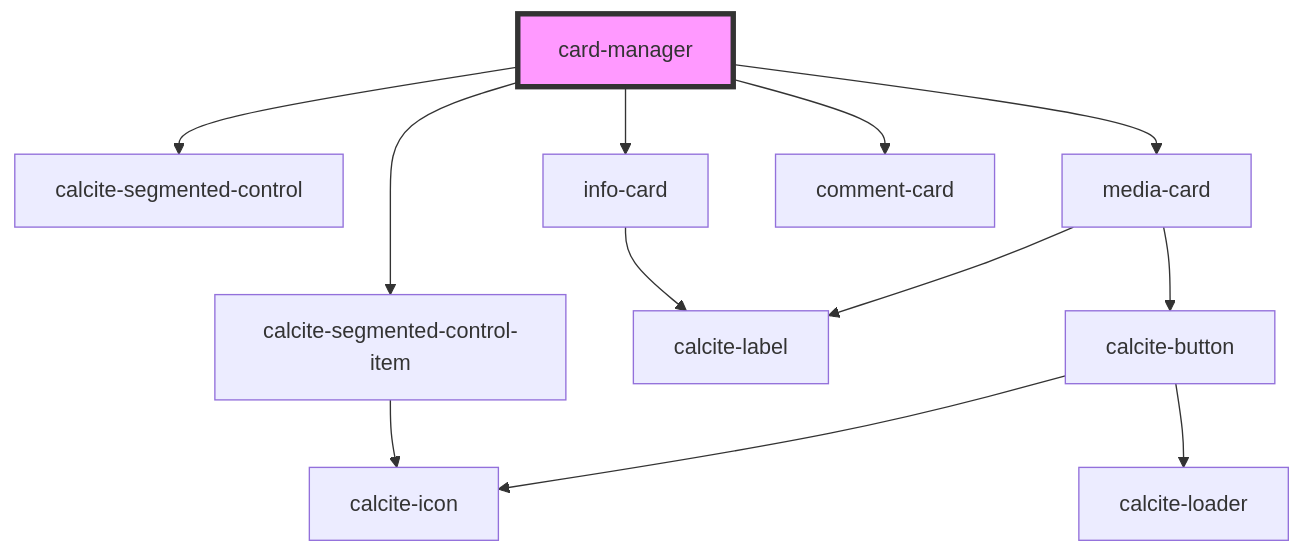
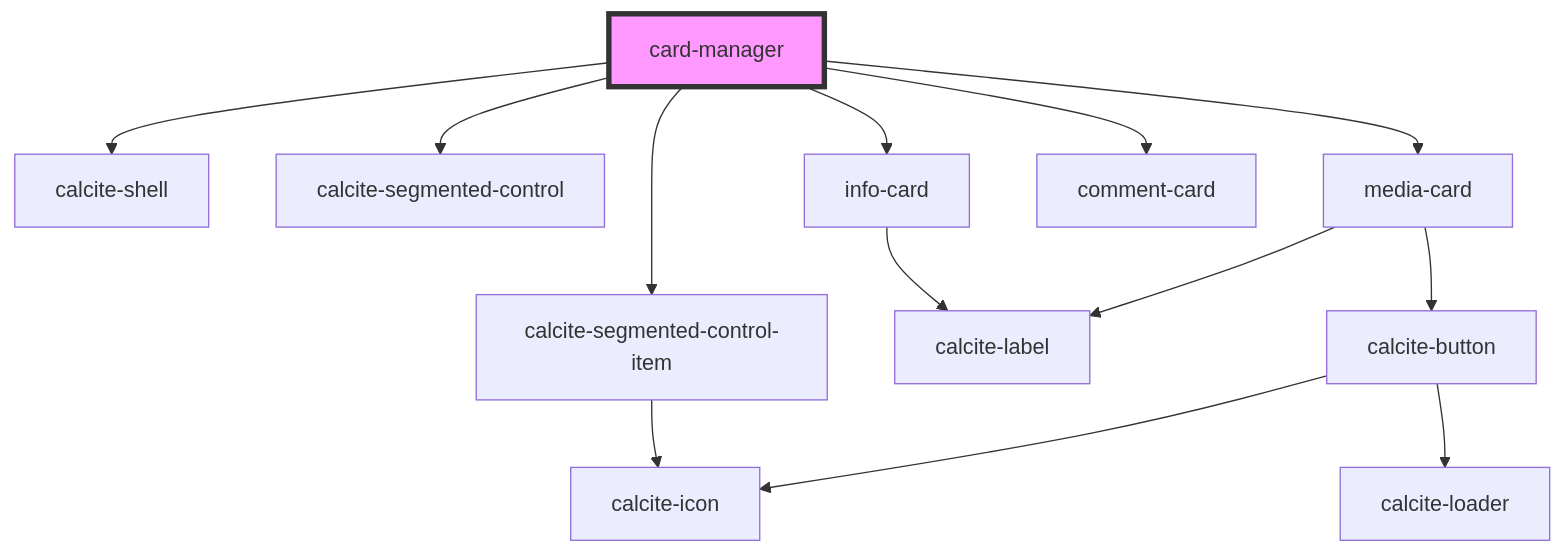
Before and after one commit to Esri/solutions-components: the diagram in src/components/card-manager/readme.md, drawn with Mermaid. The commit also changed other lines of this file and 8 other files, not shown here.

````diff
--- a/src/components/card-manager/readme.md
+++ b/src/components/card-manager/readme.md
@@ -28,15 +29,16 @@
 ```mermaid
 graph TD;
+  card-manager --> calcite-shell
   card-manager --> calcite-segmented-control
   card-manager --> calcite-segmented-control-item
   card-manager --> info-card
   card-manager --> media-card
   card-manager --> comment-card
   calcite-segmented-control-item --> calcite-icon
   info-card --> calcite-label
+  media-card --> calcite-button
   media-card --> calcite-label
-  media-card --> calcite-button
   calcite-button --> calcite-loader
   calcite-button --> calcite-icon
   style card-manager fill:#f9f,stroke:#333,stroke-width:4px
 ```
````
